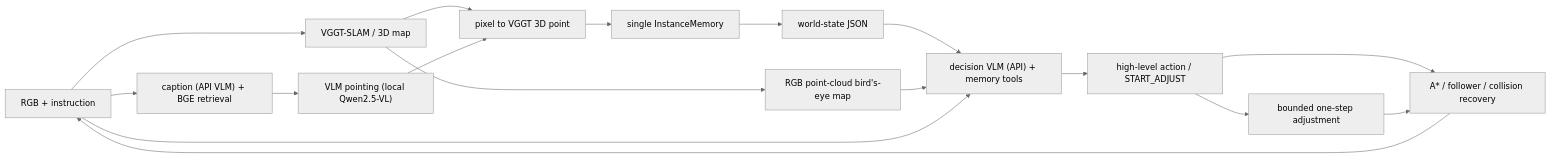
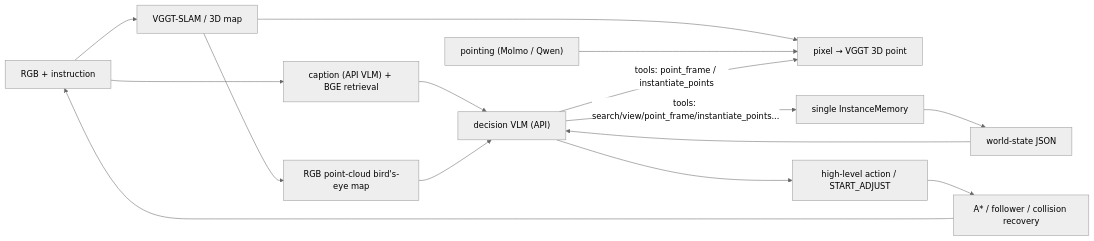
One commit to WeberFU23/VGGTNavAgent changed the diagram in AGENT_ARCHITECTURE.md. Above: the diagram before and after it, drawn with Mermaid (neutral theme). The commit also changed other lines of this file and 31 other files, not shown here.

````diff
--- a/AGENT_ARCHITECTURE.md
+++ b/AGENT_ARCHITECTURE.md
@@ -13,19 +15,17 @@
 ```mermaid
 flowchart LR
     RGB["RGB + instruction"] --> MAP["VGGT-SLAM / 3D map"]
     RGB --> CAP["caption (API VLM) + BGE retrieval"]
-    CAP --> POINT["VLM pointing (local Qwen2.5-VL)"]
-    MAP --> P3D["pixel to VGGT 3D point"]
-    POINT --> P3D
-    P3D --> MEM["single InstanceMemory"]
-    MEM --> STATE["world-state JSON"]
+    MAP --> P3D["pixel → VGGT 3D point"]
+    POINT["pointing (Molmo / Qwen)"] --> P3D
+    CAP --> VLM["decision VLM (API)"]
     MAP --> TOP["RGB point-cloud bird's-eye map"]
-    STATE --> VLM["decision VLM (API) + memory tools"]
+    MEM["single InstanceMemory"] --> STATE["world-state JSON"]
+    STATE --> VLM
     TOP --> VLM
-    RGB --> VLM
+    VLM -- "tools: search/view/point_frame/instantiate_points..." --> MEM
+    VLM -- "tools: point_frame / instantiate_points" --> P3D
     VLM --> HIGH["high-level action / START_ADJUST"]
     HIGH --> EXEC["A* / follower / collision recovery"]
-    HIGH --> MICRO["bounded one-step adjustment"]
-    MICRO --> EXEC
     EXEC --> RGB
 ```
````
